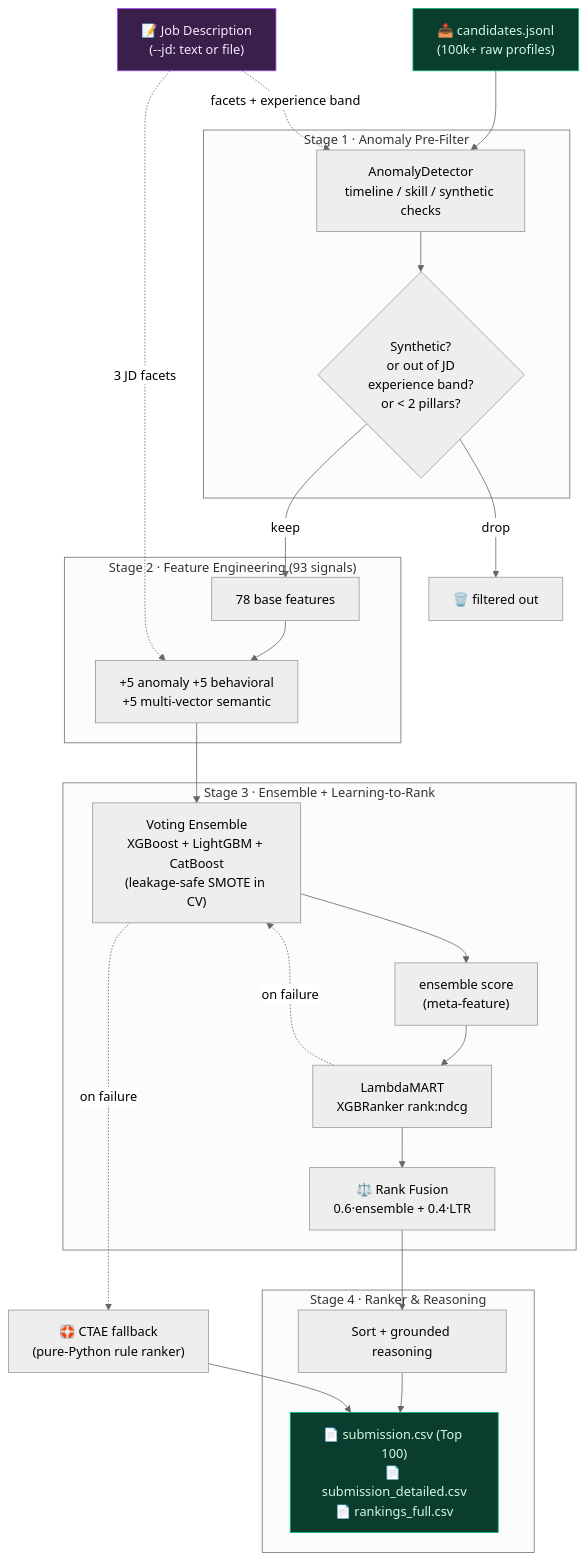
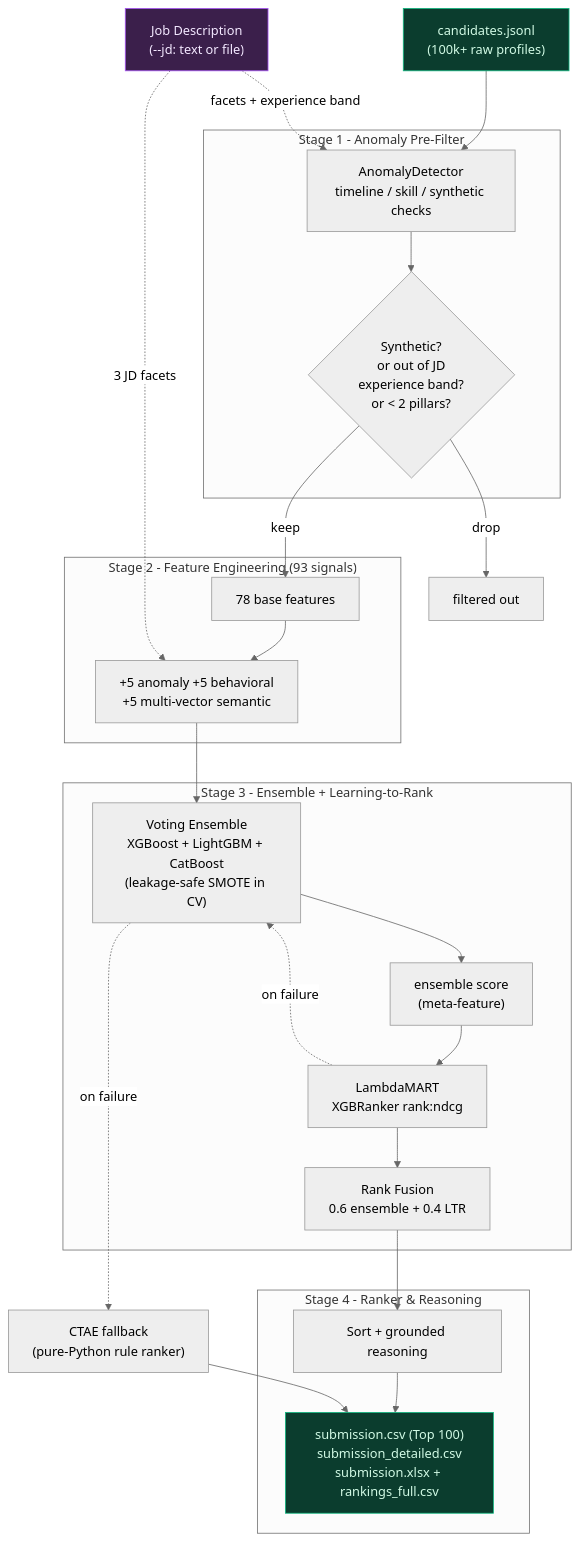
The first of 3 diagrams in README.md (Aditya060806/Redrob-AI), drawn with Mermaid (neutral theme) before and after one commit. The commit also changed other lines of this file, not shown here.

````diff
--- a/README.md
+++ b/README.md
@@ -127,41 +149,40 @@
 ```mermaid
 flowchart TD
-    A["📥 candidates.jsonl<br/>(100k+ raw profiles)"] --> B
+    A["candidates.jsonl<br/>(100k+ raw profiles)"] --> B
 
-    subgraph S1["Stage 1 · Anomaly Pre-Filter"]
+    subgraph S1["Stage 1 - Anomaly Pre-Filter"]
         B["AnomalyDetector<br/>timeline / skill / synthetic checks"] --> C{"Synthetic?<br/>or out of JD<br/>experience band?<br/>or &lt; 2 pillars?"}
     end
-    C -- "drop" --> X["🗑️ filtered out"]
+    C -- "drop" --> X["filtered out"]
     C -- "keep" --> D
 
-    subgraph S2["Stage 2 · Feature Engineering (93 signals)"]
+    subgraph S2["Stage 2 - Feature Engineering (93 signals)"]
         D["78 base features"] --> E["+5 anomaly +5 behavioral<br/>+5 multi-vector semantic"]
     end
 
-    JD["📝 Job Description<br/>(--jd: text or file)"] -. "facets + experience band" .-> B
+    JD["Job Description<br/>(--jd: text or file)"] -. "facets + experience band" .-> B
     JD -. "3 JD facets" .-> E
 
     E --> F
 
-    subgraph S3["Stage 3 · Ensemble + Learning-to-Rank"]
+    subgraph S3["Stage 3 - Ensemble + Learning-to-Rank"]
         F["Voting Ensemble<br/>XGBoost + LightGBM + CatBoost<br/>(leakage-safe SMOTE in CV)"] --> G["ensemble score<br/>(meta-feature)"]
         G --> H["LambdaMART<br/>XGBRanker rank:ndcg"]
-        H --> I["⚖️ Rank Fusion<br/>0.6·ensemble + 0.4·LTR"]
+        H --> I["Rank Fusion<br/>0.6 ensemble + 0.4 LTR"]
     end
 
     I --> J
 
-    subgraph S4["Stage 4 · Ranker & Reasoning"]
-        J["Sort + grounded reasoning"] --> K["📄 submission.csv (Top 100)<br/>📄 submission_detailed.csv<br/>📄 rankings_full.csv"]
+    subgraph S4["Stage 4 - Ranker & Reasoning"]
+        J["Sort + grounded reasoning"] --> K["submission.csv (Top 100)<br/>submission_detailed.csv<br/>submission.xlsx + rankings_full.csv"]
     end
 
-    F -. "on failure" .-> CTAE["🛟 CTAE fallback<br/>(pure-Python rule ranker)"]
+    F -. "on failure" .-> CTAE["CTAE fallback<br/>(pure-Python rule ranker)"]
     H -. "on failure" .-> F
     CTAE --> K
 
-    classDef stage fill:#1f2937,stroke:#4b5563,color:#e5e7eb;
     classDef io fill:#0b3d2e,stroke:#10b981,color:#d1fae5;
     classDef jd fill:#3b1f4b,stroke:#a855f7,color:#f3e8ff;
     class A,K io;
     class JD jd;
 ```
````
